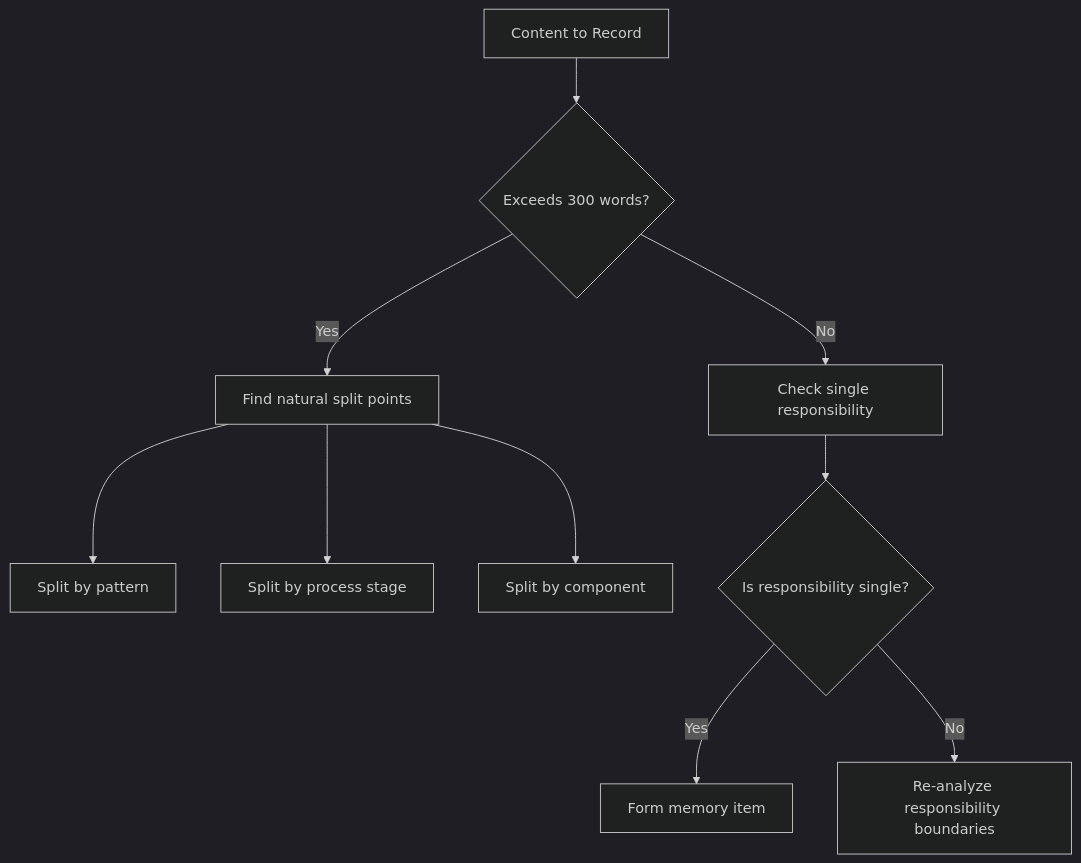
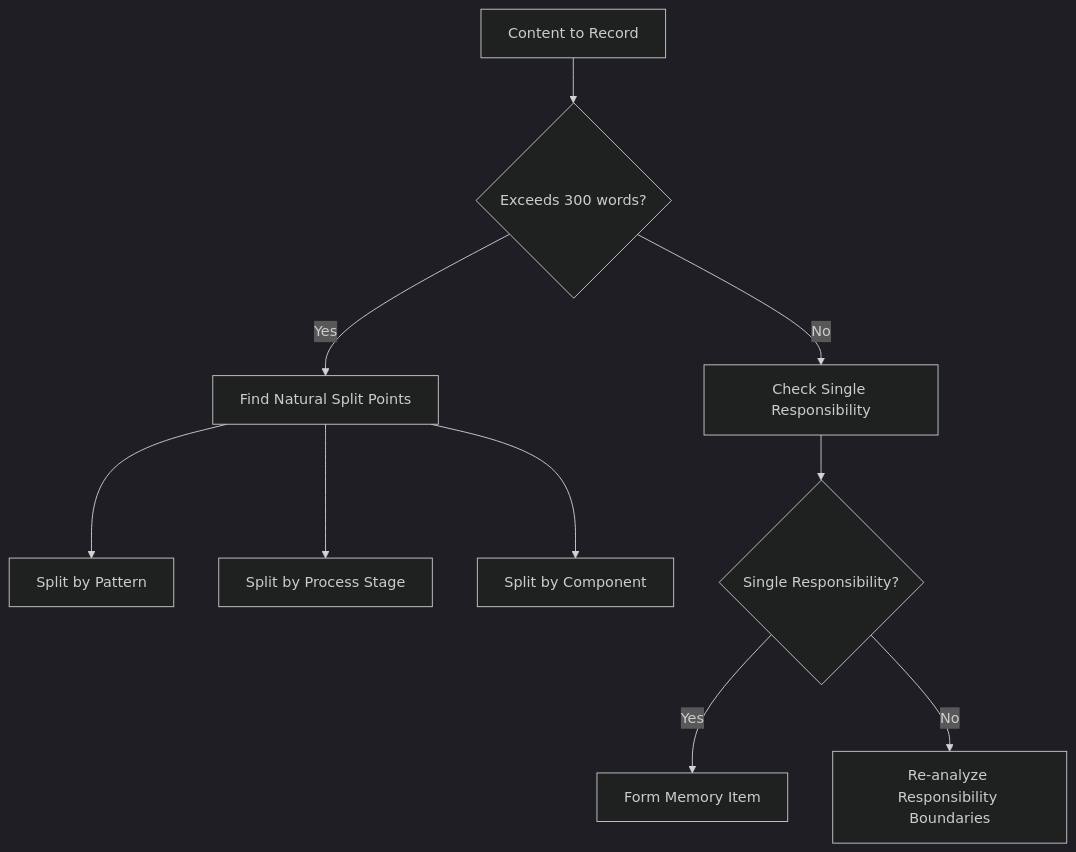
The second of 7 diagrams in memory/en/memory-mechanisms(WIP).md (gszhangwei/structured-prompts-driven-development), drawn with Mermaid (dark theme) before and after one commit. The commit also changed other lines of this file, not shown here.

Commit message:
docs: Update the Memory summary mechanism

````diff
--- a/memory/en/memory-mechanisms(WIP).md
+++ b/memory/en/memory-mechanisms(WIP).md
@@ -143,14 +203,14 @@
 ```mermaid
 graph TD
-    A[Content to Record] --> B{Exceeds 300 words?}
-    B -->|Yes| C[Find natural split points]
-    B -->|No| D[Check single responsibility]
-    
-    C --> E[Split by pattern]
-    C --> F[Split by process stage]
-    C --> G[Split by component]
-    
-    D --> H{Is responsibility single?}
-    H -->|Yes| I[Form memory item]
-    H -->|No| J[Re-analyze responsibility boundaries]
+A[Content to Record] --> B{Exceeds 300 words?}
+B -->|Yes| C[Find Natural Split Points]
+B -->|No| D[Check Single Responsibility]
+
+C --> E[Split by Pattern]
+C --> F[Split by Process Stage]
+C --> G[Split by Component]
+
+D --> H{Single Responsibility?}
+H -->|Yes| I[Form Memory Item]
+H -->|No| J[Re-analyze Responsibility Boundaries]
 ```
````
